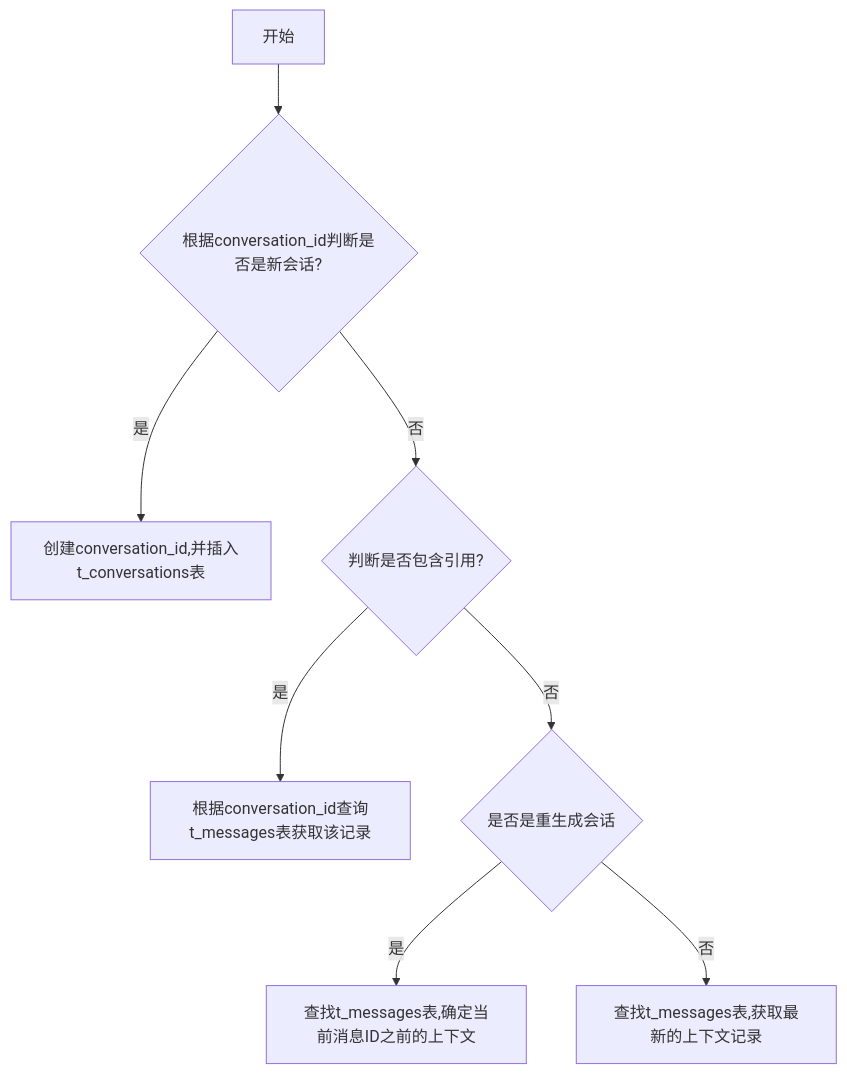
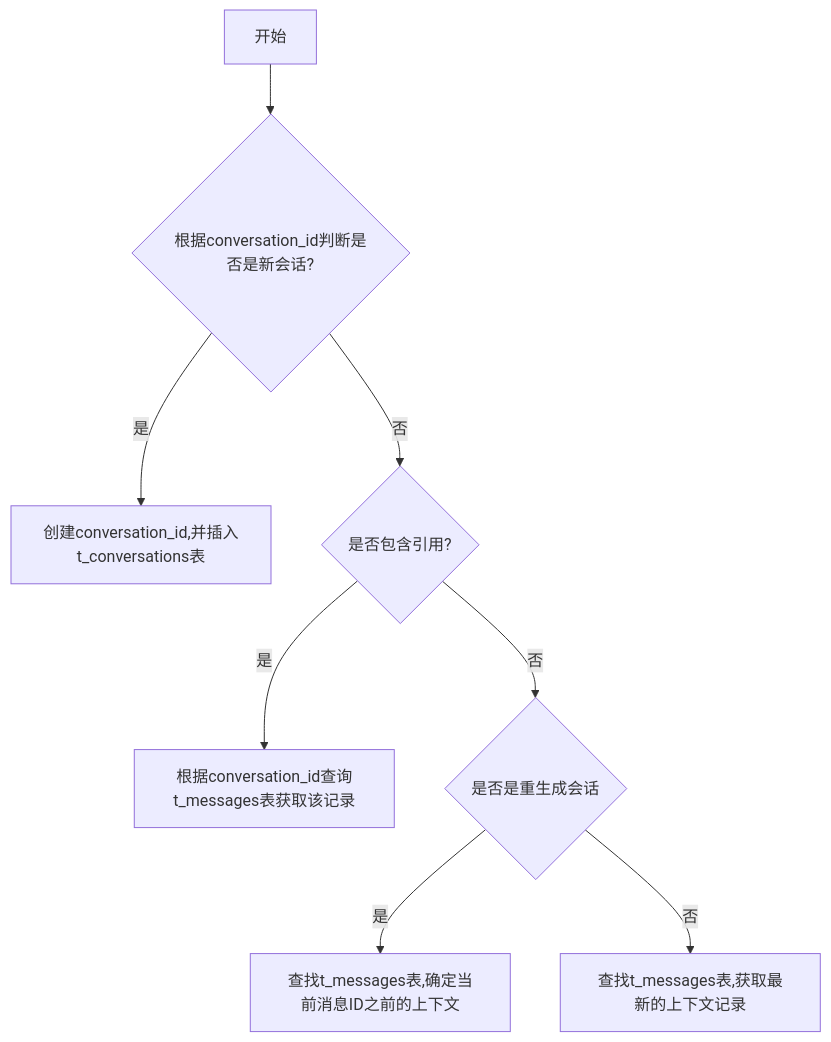
One commit to yingjianzh/iodraw-files changed the diagram in all/未命名-7.md. Above: the diagram before and after it, drawn with Mermaid.

Commit message:
2024-10-12 14:22:40 update

````diff
--- a/all/未命名-7.md
+++ b/all/未命名-7.md
@@ -1,13 +1,12 @@
 ```mermaid
 flowchart TD
     A[开始] --> B{根据conversation_id判断是否是新会话?}
     B -- 是 --> C[创建conversation_id,并插入t_conversations表]
-    B -- 否 --> D{判断是否包含引用?}
+    B -- 否 --> D{是否包含引用?}
     D -- 是 --> E[根据conversation_id查询t_messages表获取该记录]
     D -- 否 --> F{是否是重生成会话}
     F -- 是 --> G[查找t_messages表,确定当前消息ID之前的上下文]
     F -- 否 --> H[查找t_messages表,获取最新的上下文记录]
 
-    
 
 ```
````
